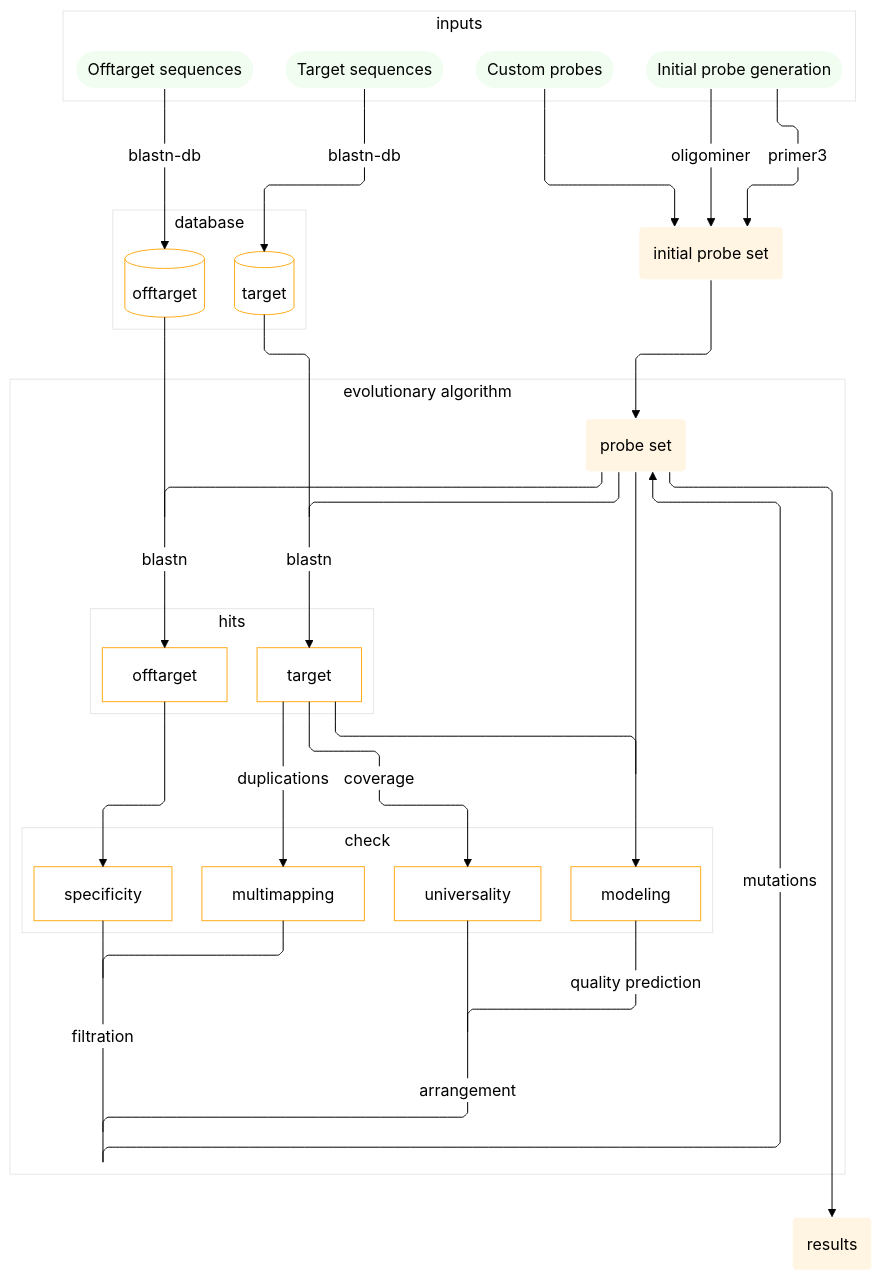
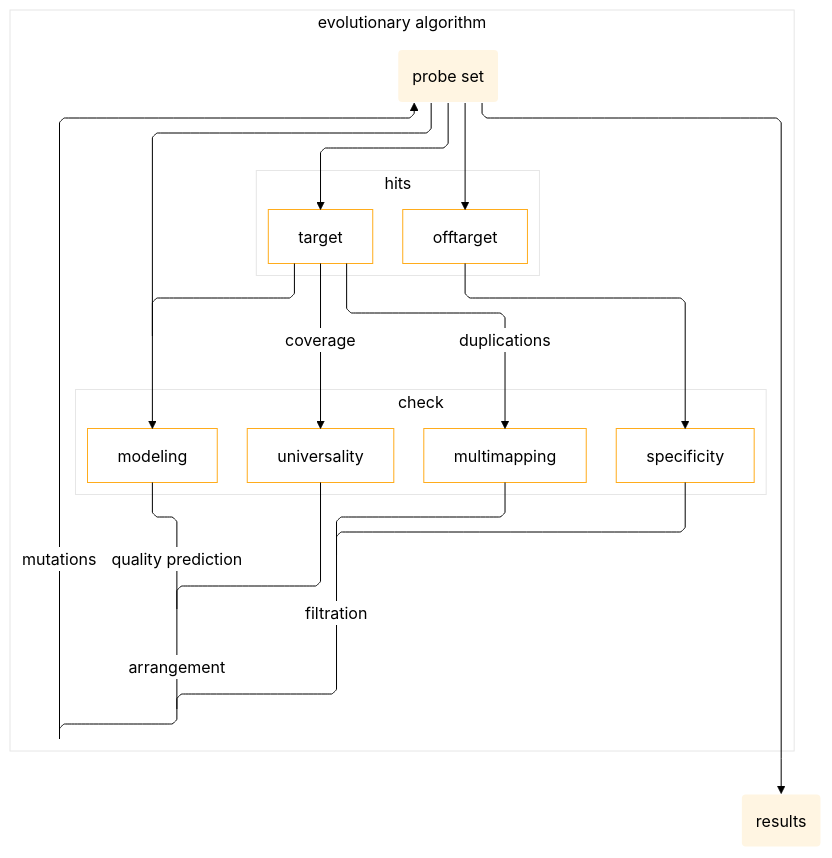
Before and after one commit to CTLab-ITMO/PROBEst: the second of 3 diagrams in README.md, drawn with Mermaid. The commit also changed other lines of this file, not shown here.

Commit message:
mermaid fix #2

```diff
--- a/README.md
+++ b/README.md
@@ -127,25 +183,6 @@
 }}%%
 
 graph TD
-  subgraph inputs
-  A
-  A1
-  T1
-  T3
-  end
-
-  A([Initial probe generation]):::input -- primer3 --> B2(initial probe set):::probe
-  A -- oligominer --> B2
-  A1([Custom probes]):::input --> B2
-  B2 --> B(probe set):::probe
-
-  T1([Target sequences]):::input -- blastn-db --> T2[(target)]
-  T3([Offtarget sequences]):::input -- blastn-db --> T4[(offtarget)]
-
-  subgraph database
-  T2
-  T4
-  end
 
   subgraph evolutionary algorithm
     subgraph hits
@@ -153,13 +190,8 @@
     TN
     end
 
-    T2 --- E1[ ]:::empty
-    B --- E1
-    E1 -- blastn --> TP[target]
-
-    T4 --- E2[ ]:::empty
-    B --- E2
-    E2 -- blastn --> TN[offtarget]
+    B(probe set):::probe --> TP[target]
+    B --> TN[offtarget]
 
     TP -- coverage --> T6[universality]
     TP -- duplications --> T7[multimapping]
@@ -175,10 +207,7 @@
     B --- E6[ ]:::empty --> M1[modeling]
     TP --- E6
 
-
     M1 -- quality prediction --- E5
-
-    
     T7 --- E3[ ]:::empty
     T8 --- E3
     E3 -- filtration --- E4[ ]:::empty
```
